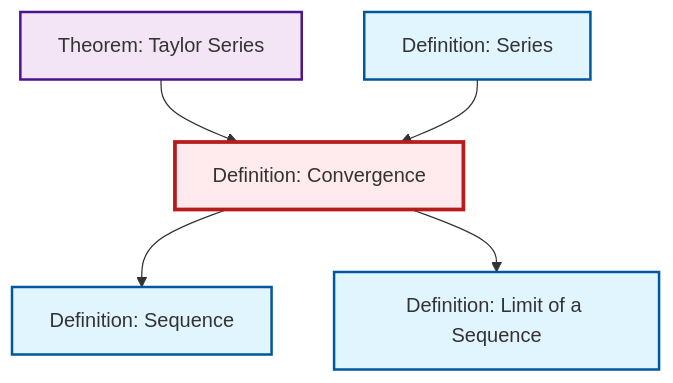
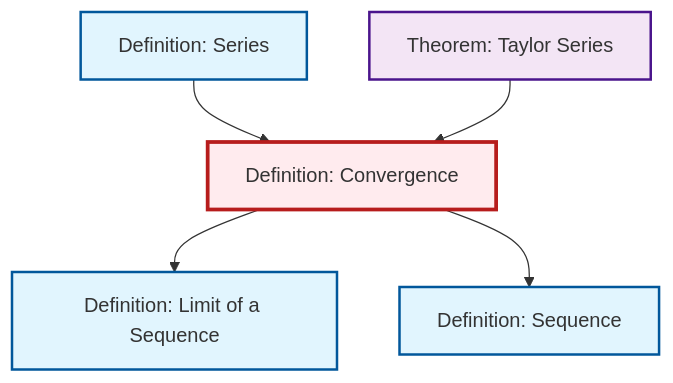
The diagram in content/en/analysis/def-convergence.qmd (RK0429/ModernMath), drawn with Mermaid before and after one commit. The commit also changed other lines of this file and 619 other files, not shown here.

````diff
--- a/content/en/analysis/def-convergence.qmd
+++ b/content/en/analysis/def-convergence.qmd
@@ -79,23 +79,23 @@
 ```{mermaid}
 %%| fig-cap: "Local dependency graph"
 graph TD
     classDef definition fill:#e1f5fe,stroke:#01579b,stroke-width:2px
     classDef theorem fill:#f3e5f5,stroke:#4a148c,stroke-width:2px
     classDef axiom fill:#fff3e0,stroke:#e65100,stroke-width:2px
     classDef example fill:#e8f5e9,stroke:#1b5e20,stroke-width:2px
     classDef current fill:#ffebee,stroke:#b71c1c,stroke-width:3px
+    def-convergence["Definition: Convergence"]:::definition
+    thm-taylor-series["Theorem: Taylor Series"]:::theorem
+    def-sequence["Definition: Sequence"]:::definition
     def-series["Definition: Series"]:::definition
-    thm-taylor-series["Theorem: Taylor Series"]:::theorem
-    def-convergence["Definition: Convergence"]:::definition
-    def-sequence["Definition: Sequence"]:::definition
     def-limit["Definition: Limit of a Sequence"]:::definition
-    def-convergence --> def-sequence
-    thm-taylor-series --> def-convergence
     def-series --> def-convergence
     def-convergence --> def-limit
+    thm-taylor-series --> def-convergence
+    def-convergence --> def-sequence
     class def-convergence current
-    click def-series "def-series.html" "Go to Series definition"
     click thm-taylor-series "thm-taylor-series.html" "Go to Taylor Series theorem"
     click def-sequence "def-sequence.html" "Go to Sequence definition"
+    click def-series "def-series.html" "Go to Series definition"
     click def-limit "def-limit.html" "Go to Limit of a Sequence definition"
 ```
````
